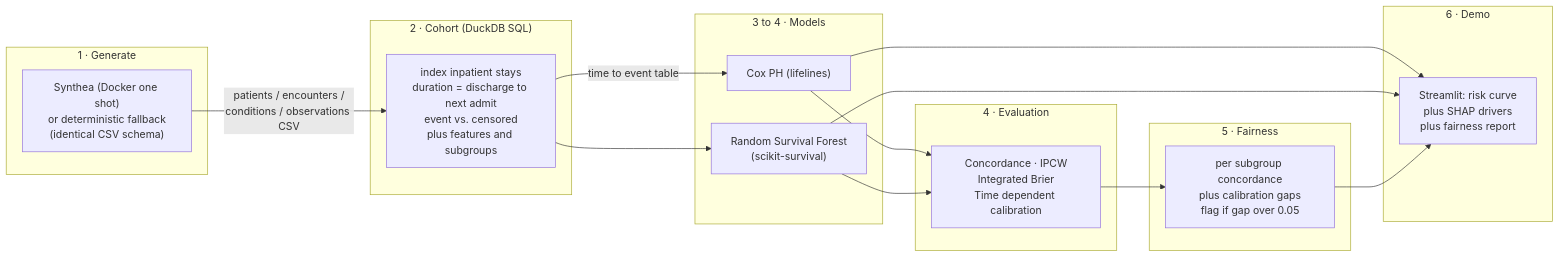
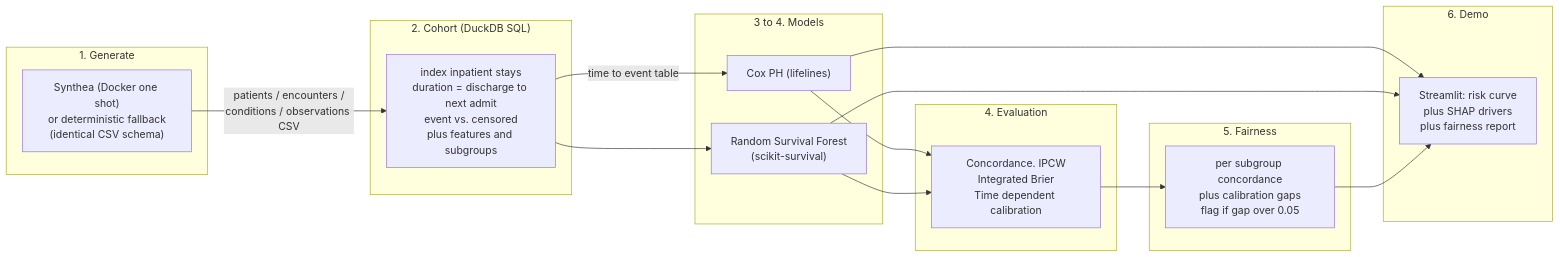
The diagram in README.md (lithin45/readmitrisk), drawn with Mermaid before and after one commit. The commit also changed 24 other files, not shown here.

````diff
--- a/README.md
+++ b/README.md
@@ -51,32 +51,32 @@
 ```mermaid
 flowchart LR
-    subgraph G["1 · Generate"]
+    subgraph G["1. Generate"]
         S["Synthea (Docker one shot)<br/>or deterministic fallback<br/>(identical CSV schema)"]
     end
-    subgraph C["2 · Cohort (DuckDB SQL)"]
+    subgraph C["2. Cohort (DuckDB SQL)"]
         D["index inpatient stays<br/>duration = discharge to next admit<br/>event vs. censored<br/>plus features and subgroups"]
     end
-    subgraph M["3 to 4 · Models"]
+    subgraph M["3 to 4. Models"]
         COX["Cox PH (lifelines)"]
         RSF["Random Survival Forest<br/>(scikit-survival)"]
     end
-    subgraph E["4 · Evaluation"]
-        EV["Concordance · IPCW<br/>Integrated Brier<br/>Time dependent calibration"]
+    subgraph E["4. Evaluation"]
+        EV["Concordance. IPCW<br/>Integrated Brier<br/>Time dependent calibration"]
     end
-    subgraph F["5 · Fairness"]
+    subgraph F["5. Fairness"]
         FA["per subgroup concordance<br/>plus calibration gaps<br/>flag if gap over 0.05"]
     end
-    subgraph U["6 · Demo"]
+    subgraph U["6. Demo"]
         UI["Streamlit: risk curve<br/>plus SHAP drivers<br/>plus fairness report"]
     end
 
     S -->|"patients / encounters /<br/>conditions / observations CSV"| D
     D -->|"time to event table"| COX
     D --> RSF
     COX --> EV
     RSF --> EV
     EV --> FA
     COX --> UI
     RSF --> UI
     FA --> UI
 ```
````
